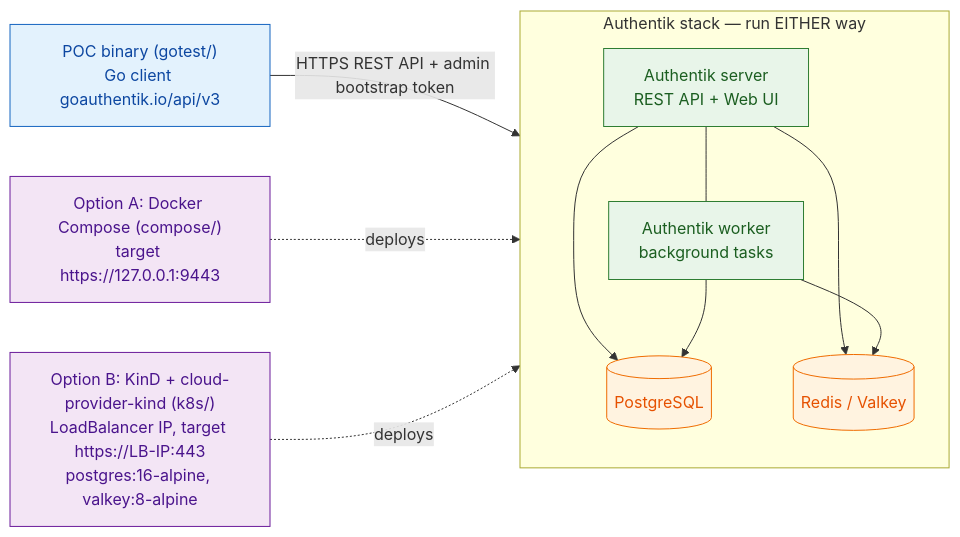
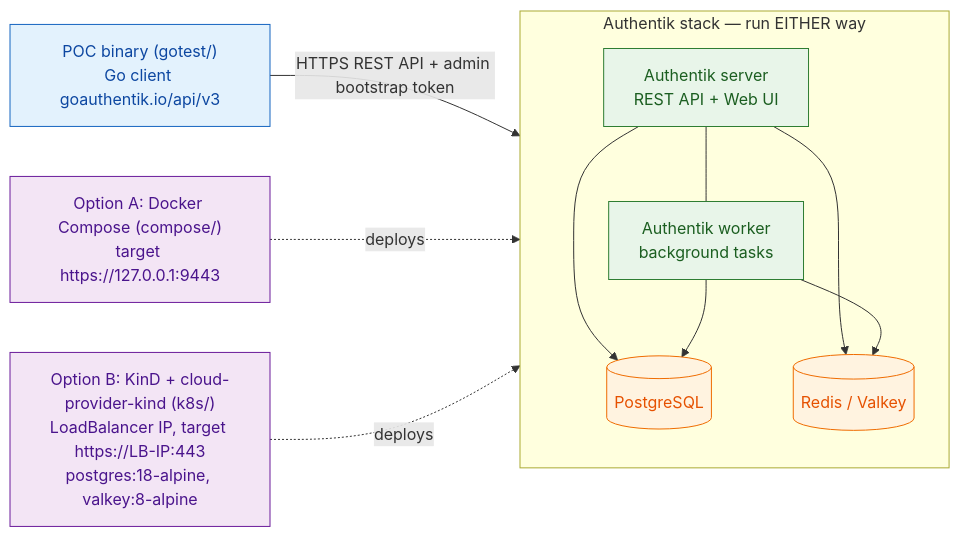
One commit to AndriyKalashnykov/authentik-k8s changed the first of 2 diagrams in README.md. Above: the diagram before and after it, drawn with Mermaid. The commit also changed 3 other files, not shown here.

````diff
--- a/README.md
+++ b/README.md
@@ -15,34 +15,34 @@
 ```mermaid
 flowchart LR
     POC["POC binary (gotest/)<br/>Go client goauthentik.io/api/v3"]
 
     subgraph AUTHENTIK["Authentik stack — run EITHER way"]
         direction TB
         SERVER["Authentik server<br/>REST API + Web UI"]
         WORKER["Authentik worker<br/>background tasks"]
         PG[("PostgreSQL")]
         REDIS[("Redis / Valkey")]
         SERVER --- WORKER
         SERVER --> PG
         SERVER --> REDIS
         WORKER --> PG
         WORKER --> REDIS
     end
 
     POC -->|"HTTPS REST API + admin bootstrap token"| SERVER
 
     COMPOSE["Option A: Docker Compose (compose/)<br/>target https://127.0.0.1:9443"]
-    KIND["Option B: KinD + cloud-provider-kind (k8s/)<br/>LoadBalancer IP, target https://LB-IP:443<br/>postgres:16-alpine, valkey:8-alpine"]
+    KIND["Option B: KinD + cloud-provider-kind (k8s/)<br/>LoadBalancer IP, target https://LB-IP:443<br/>postgres:18-alpine, valkey:8-alpine"]
 
     COMPOSE -.deploys.-> AUTHENTIK
     KIND -.deploys.-> AUTHENTIK
 
     classDef poc fill:#e3f2fd,stroke:#1565c0,color:#0d47a1;
     classDef svc fill:#e8f5e9,stroke:#2e7d32,color:#1b5e20;
     classDef data fill:#fff3e0,stroke:#ef6c00,color:#e65100;
     classDef deploy fill:#f3e5f5,stroke:#6a1b9a,color:#4a148c;
     class POC poc;
     class SERVER,WORKER svc;
     class PG,REDIS data;
     class COMPOSE,KIND deploy;
 ```
````
